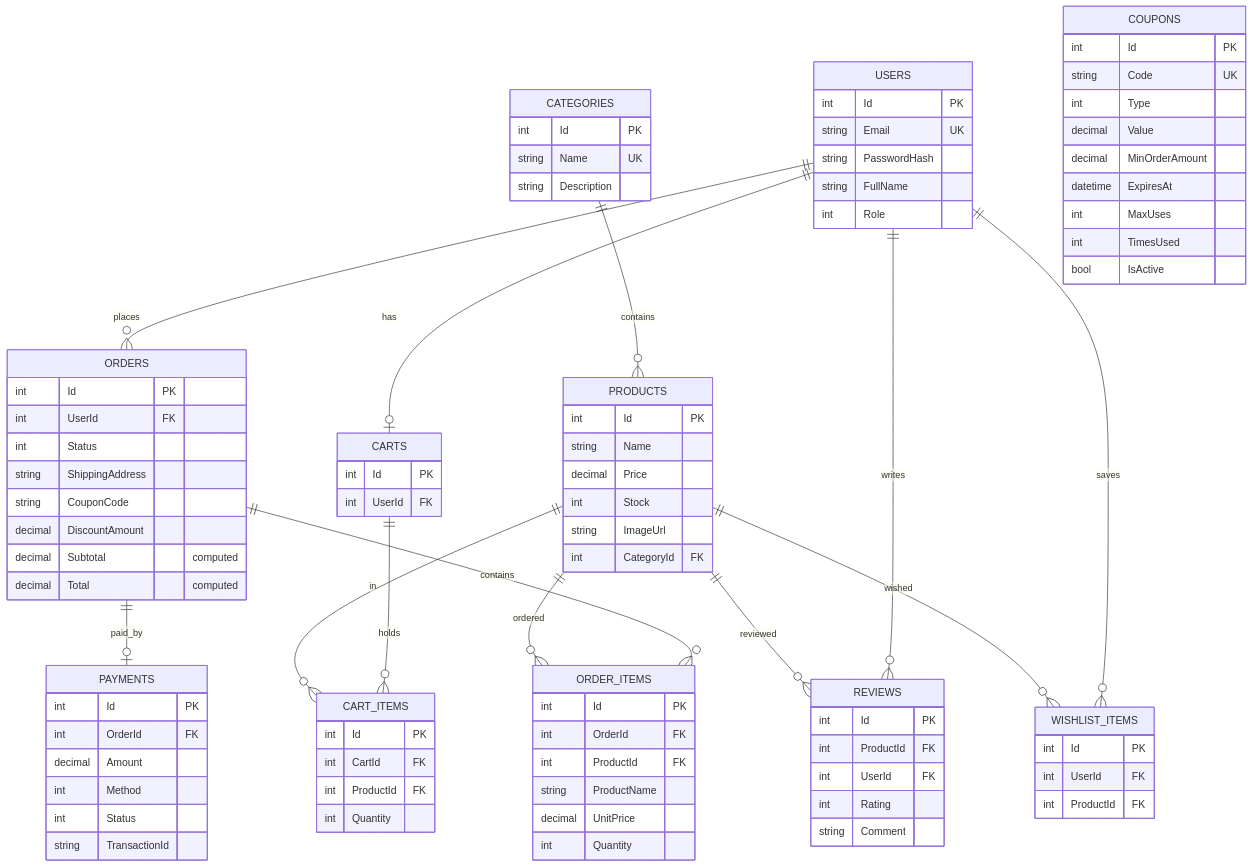
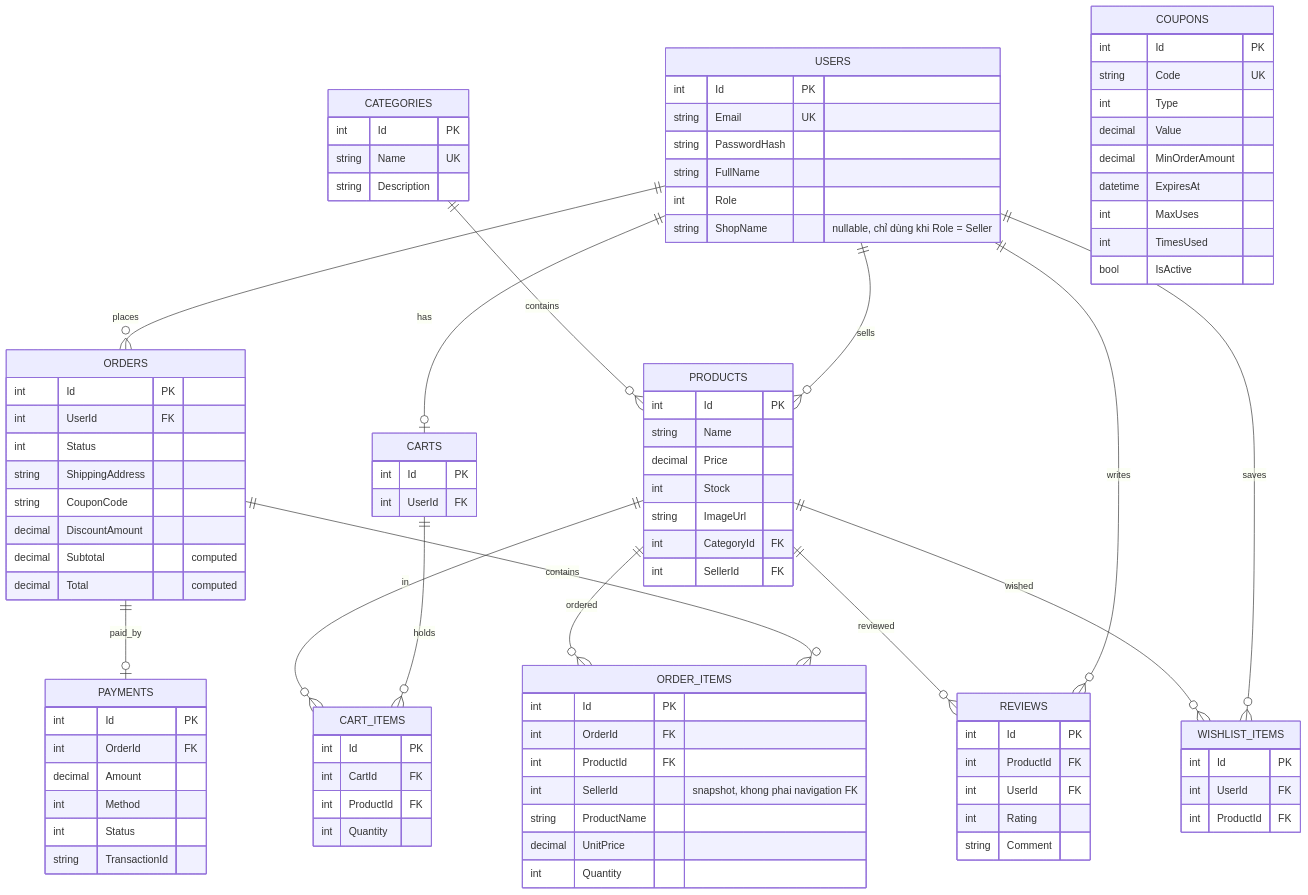
One commit to nhuy2005-alexandors/Marketplace changed the second of 2 diagrams in docs/class-erd.md. Above: the diagram before and after it, drawn with Mermaid. The commit also changed other lines of this file and 41 other files, not shown here.

```diff
--- a/docs/class-erd.md
+++ b/docs/class-erd.md
@@ -137,6 +143,7 @@
     USERS ||--o{ ORDERS : places
     USERS ||--o{ REVIEWS : writes
     USERS ||--o{ WISHLIST_ITEMS : saves
+    USERS ||--o{ PRODUCTS : sells
     CATEGORIES ||--o{ PRODUCTS : contains
     CARTS ||--o{ CART_ITEMS : holds
     PRODUCTS ||--o{ CART_ITEMS : in
@@ -152,6 +159,7 @@
         string PasswordHash
         string FullName
         int Role
+        string ShopName "nullable, chỉ dùng khi Role = Seller"
     }
     CATEGORIES {
         int Id PK
@@ -165,6 +173,7 @@
         int Stock
         string ImageUrl
         int CategoryId FK
+        int SellerId FK
     }
     CARTS {
         int Id PK
@@ -190,6 +199,7 @@
         int Id PK
         int OrderId FK
         int ProductId FK
+        int SellerId "snapshot, khong phai navigation FK"
         string ProductName
         decimal UnitPrice
         int Quantity
```
